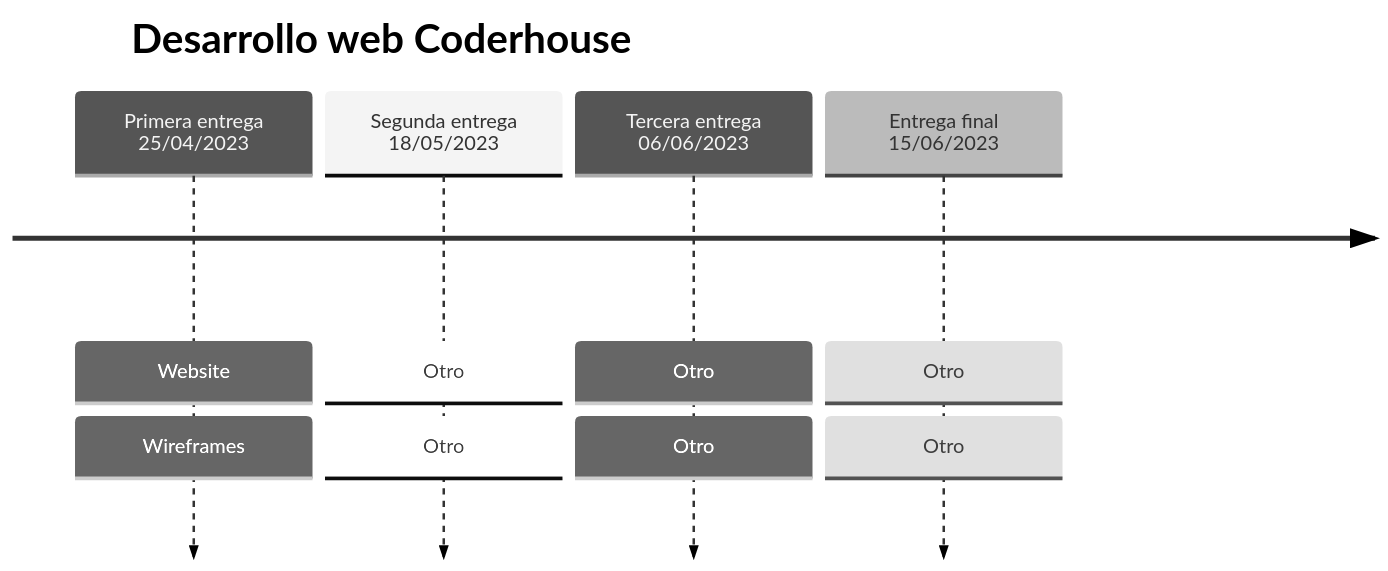
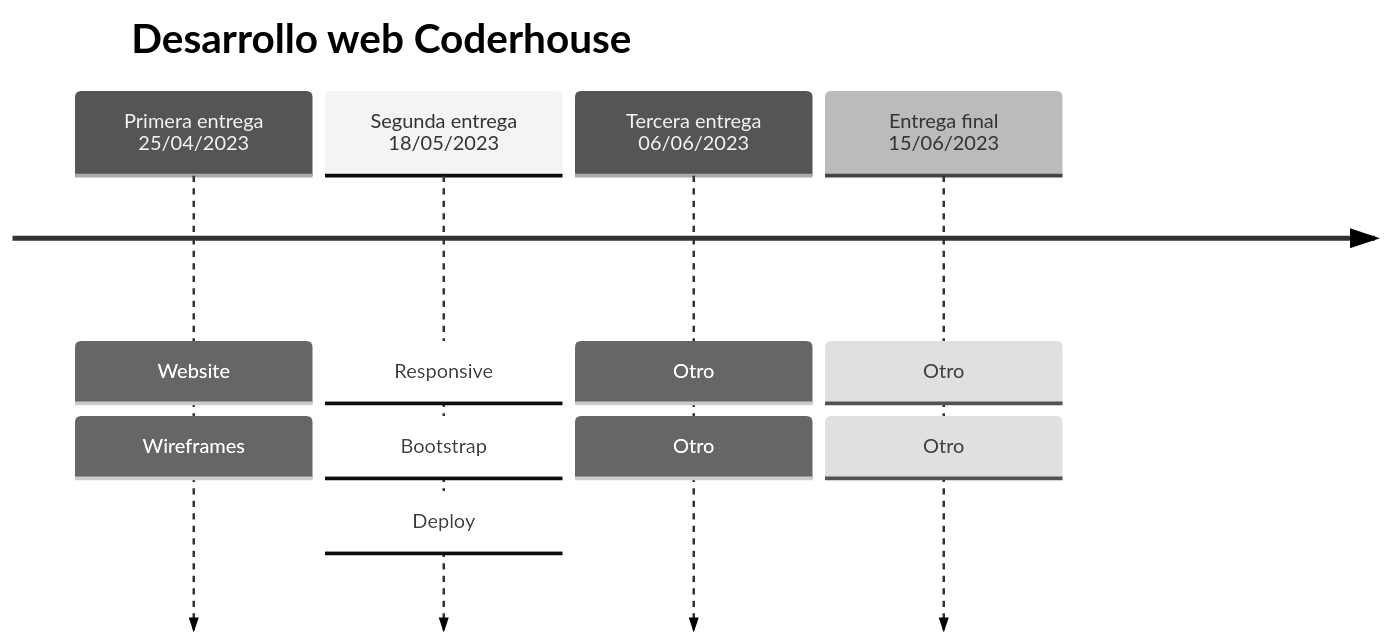
The diagram in README.md (agusflores/desarrollo-web-coderhouse), drawn with Mermaid (neutral theme) before and after one commit.

````diff
--- a/README.md
+++ b/README.md
@@ -20,8 +20,8 @@
 ``` mermaid
 timeline
     title Desarrollo web Coderhouse 
     Primera entrega 25/04/2023 : Website : Wireframes
-    Segunda entrega 18/05/2023 : Otro : Otro
+    Segunda entrega 18/05/2023 : Responsive : Bootstrap : Deploy
     Tercera entrega 06/06/2023 : Otro : Otro
     Entrega final 15/06/2023 : Otro : Otro
 ```
````
